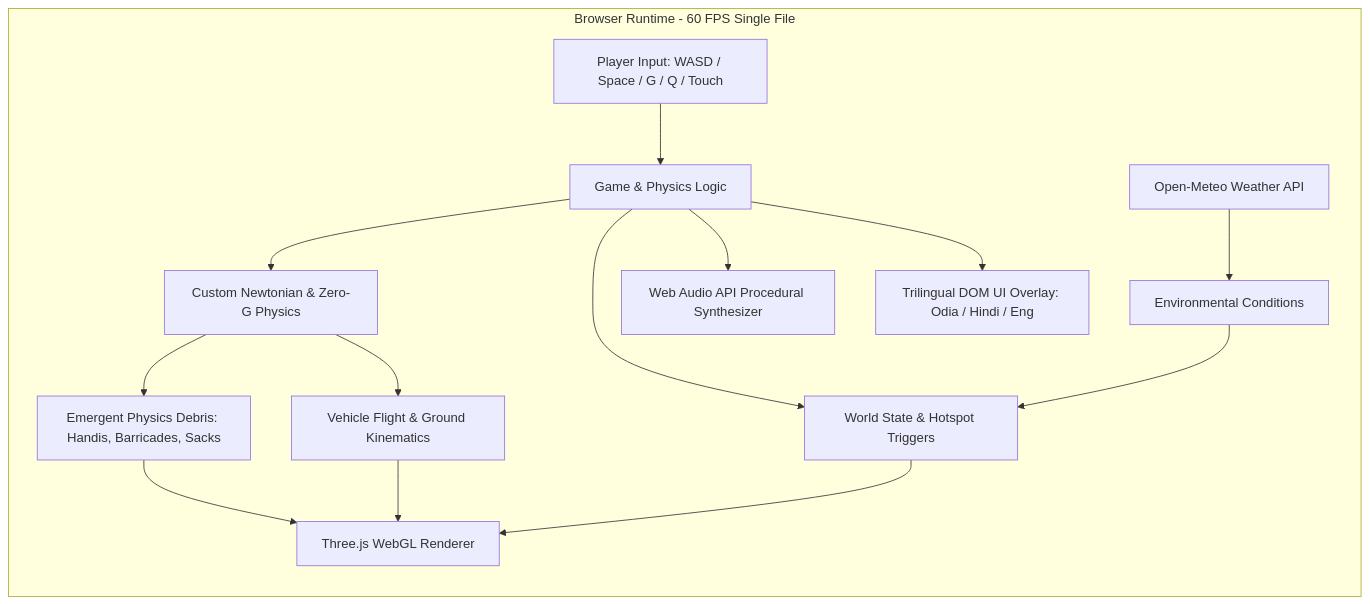
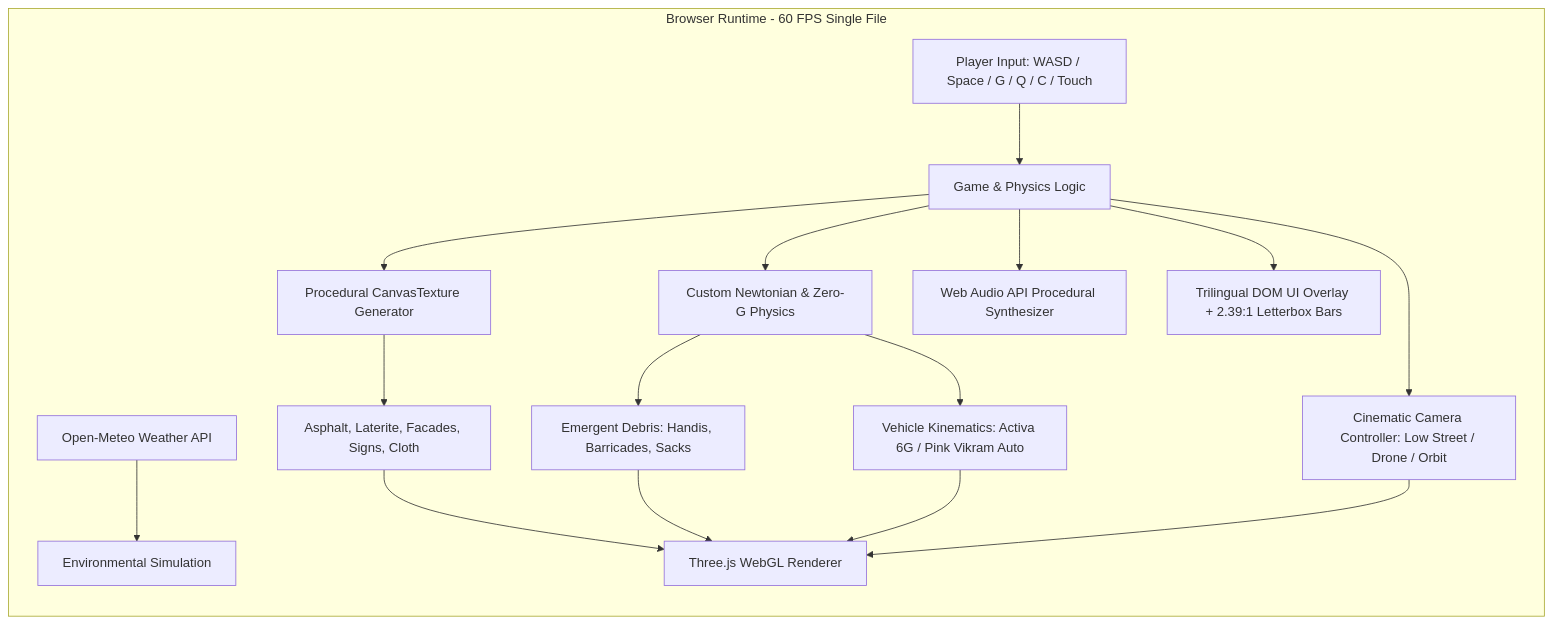
The diagram in PRD.md (forbesayush/odisha-simulator), drawn with Mermaid before and after one commit. The commit also changed other lines of this file and 2 other files, not shown here.

Commit message:
Add high-fidelity procedural canvas textures, anamorphic cinematic widescreen bars, and multi-angle cinematic cameras inspired by Odia Odyssey

````diff
--- a/PRD.md
+++ b/PRD.md
@@ -57,21 +41,24 @@
 ```mermaid
 flowchart LR
     subgraph Client [Browser Runtime - 60 FPS Single File]
-        Input[Player Input: WASD / Space / G / Q / Touch] --> Engine[Game & Physics Logic]
-        API[Open-Meteo Weather API] --> Env[Environmental Conditions]
+        Input[Player Input: WASD / Space / G / Q / C / Touch] --> Engine[Game & Physics Logic]
+        API[Open-Meteo Weather API] --> Env[Environmental Simulation]
+        
+        Engine --> TexEngine[Procedural CanvasTexture Generator]
+        TexEngine --> Textures[Asphalt, Laterite, Facades, Signs, Cloth]
         
         Engine --> Physics[Custom Newtonian & Zero-G Physics]
-        Engine --> World[World State & Hotspot Triggers]
-        Env --> World
+        Engine --> CineCam[Cinematic Camera Controller: Low Street / Drone / Orbit]
         
-        Physics --> Objects[Emergent Physics Debris: Handis, Barricades, Sacks]
-        Physics --> Vehicles[Vehicle Flight & Ground Kinematics]
+        Physics --> Objects[Emergent Debris: Handis, Barricades, Sacks]
+        Physics --> Vehicles[Vehicle Kinematics: Activa 6G / Pink Vikram Auto]
         
-        Objects --> Renderer[Three.js WebGL Renderer]
+        Textures --> Renderer[Three.js WebGL Renderer]
+        Objects --> Renderer
         Vehicles --> Renderer
-        World --> Renderer
+        CineCam --> Renderer
         
         Engine --> Audio[Web Audio API Procedural Synthesizer]
-        Engine --> HUD[Trilingual DOM UI Overlay: Odia / Hindi / Eng]
+        Engine --> HUD[Trilingual DOM UI Overlay + 2.39:1 Letterbox Bars]
     end
 ```
````
